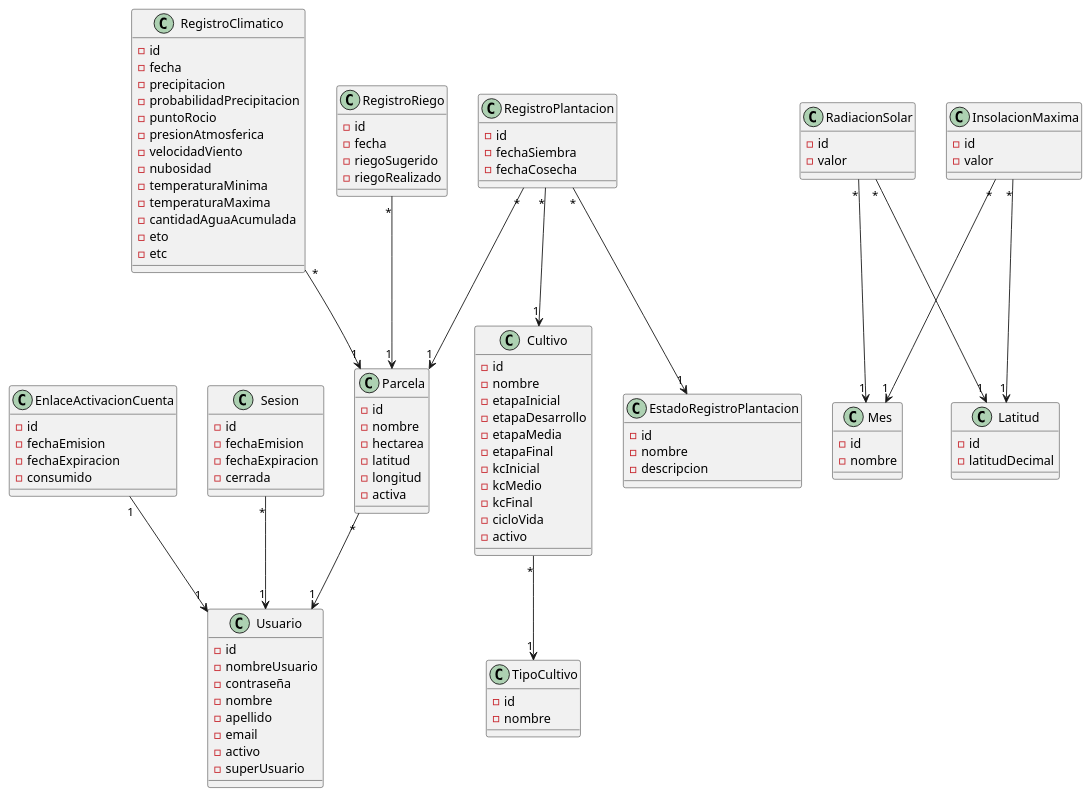
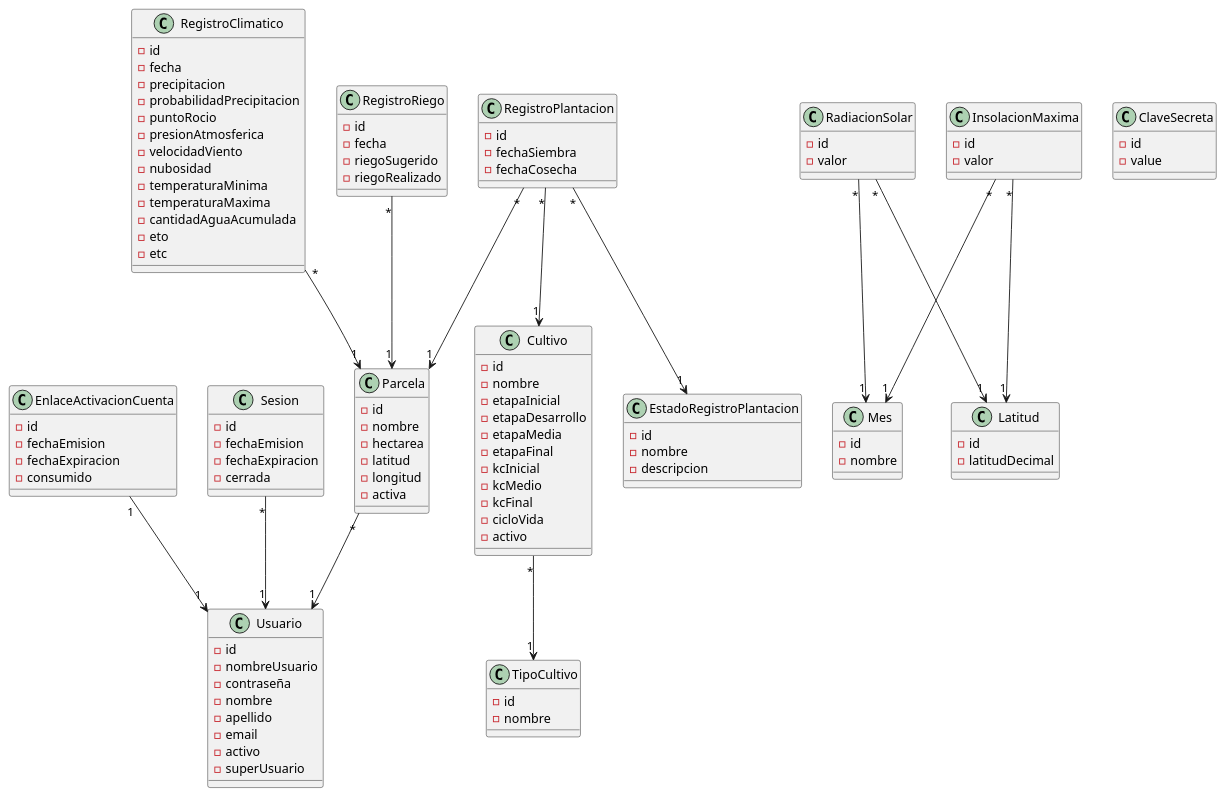
One commit to facundopaez-dev/sistema-web-riego changed the diagram in domain model/Modelo de dominio.pu. Above: the diagram before and after it, drawn with PlantUML. The commit also changed 1 other file, not shown here.

Commit message:
Modelo de datos ClaveSecreta agregado al modelo de dominio

```diff
--- a/domain model/Modelo de dominio.pu
+++ b/domain model/Modelo de dominio.pu
@@ -1,125 +1,130 @@
 @startuml
 
 Parcela "*"-->"1" Usuario
 RegistroClimatico "*"-->"1" Parcela
 RegistroRiego "*"-->"1" Parcela
 RegistroPlantacion "*"-->"1" Parcela
 RegistroPlantacion "*"-->"1" Cultivo
 RegistroPlantacion "*"-->"1" EstadoRegistroPlantacion
 RadiacionSolar "*"-->"1" Mes
 RadiacionSolar "*"-->"1" Latitud
 InsolacionMaxima "*"-->"1" Mes
 InsolacionMaxima "*"-->"1" Latitud
 Cultivo "*"-->"1" TipoCultivo
 EnlaceActivacionCuenta "1" --> "1" Usuario
 Sesion "*" --> "1" Usuario
 
 class Parcela {
 -id
 -nombre
 -hectarea
 -latitud
 -longitud
 -activa
 }
 
 class Cultivo {
 -id
 -nombre
 -etapaInicial
 -etapaDesarrollo
 -etapaMedia
 -etapaFinal
 -kcInicial
 -kcMedio
 -kcFinal
 -cicloVida
 -activo
 }
 
 class TipoCultivo {
 -id
 -nombre
 }
 
 class RegistroClimatico {
 -id
 -fecha
 -precipitacion
 -probabilidadPrecipitacion
 -puntoRocio
 -presionAtmosferica
 -velocidadViento
 -nubosidad
 -temperaturaMinima
 -temperaturaMaxima
 -cantidadAguaAcumulada
 -eto
 -etc
 }
 
 class RegistroPlantacion {
 -id
 -fechaSiembra
 -fechaCosecha
 }
 
 class RegistroRiego {
 -id
 -fecha
 -riegoSugerido
 -riegoRealizado
 }
 
 class Usuario {
 -id
 -nombreUsuario
 -contraseña
 -nombre
 -apellido
 -email
 -activo
 -superUsuario
 }
 
 class EstadoRegistroPlantacion {
 -id
 -nombre
 -descripcion
 }
 
 class Mes {
 -id
 -nombre
 }
 
 class Latitud {
 -id
 -latitudDecimal
 }
 
 class RadiacionSolar {
 -id
 -valor
 }
 
 class InsolacionMaxima {
 -id
 -valor
 }
 
 class EnlaceActivacionCuenta {
 -id
 -fechaEmision
 -fechaExpiracion
 -consumido
 }
 
 class Sesion {
 -id
 -fechaEmision
 -fechaExpiracion
 -cerrada
 }
 
+class ClaveSecreta {
+-id
+-value
+}
+
 @enduml
```
